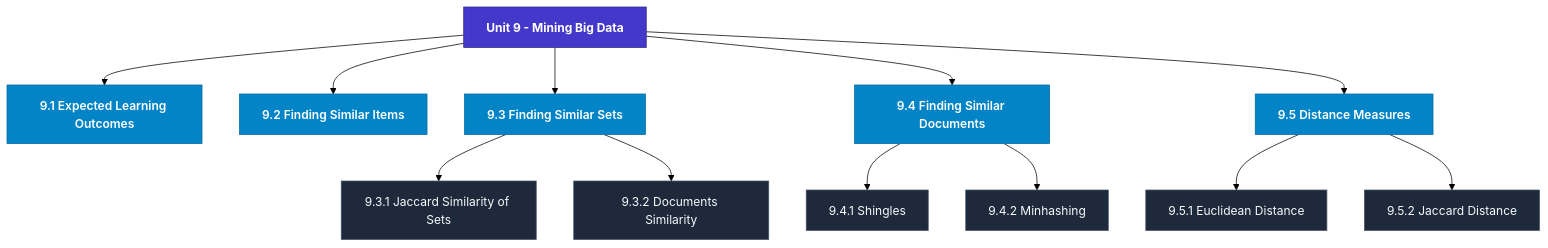
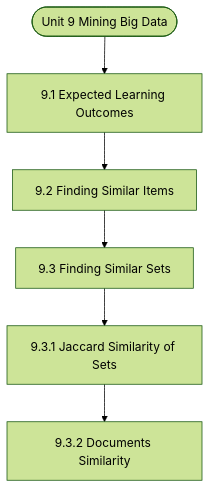
One commit to Asutosh-Coaching/mscdsa changed the diagram in notes/Semester_2/MCS-068_Predictive_Data_Analysis/unit_09_Mining_Big_Data.md. Above: the diagram before and after it, drawn with Mermaid (forest theme). The commit also changed other lines of this file and 115 other files, not shown here.

Commit message:
Fix Mermaid layout for mobile, isolate LaTeX delimiters, and add GitHub Pages reader

````diff
--- a/notes/Semester_2/MCS-068_Predictive_Data_Analysis/unit_09_Mining_Big_Data.md
+++ b/notes/Semester_2/MCS-068_Predictive_Data_Analysis/unit_09_Mining_Big_Data.md
@@ -19,31 +19,14 @@
 ```mermaid
 flowchart TD
-  %% Styling Definitions
-  classDef head fill:#4338ca,stroke:#312e81,color:#ffffff,font-weight:bold;
-  classDef topic fill:#0284c7,stroke:#0369a1,color:#ffffff,font-weight:600;
-  classDef sub fill:#1e293b,stroke:#475569,color:#f8fafc;
-
-  Root["Unit 9 - Mining Big Data"]:::head
-  M1["9.1 Expected Learning Outcomes"]:::topic
-  Root --> M1
-  M2["9.2 Finding Similar Items"]:::topic
-  Root --> M2
-  M3["9.3 Finding Similar Sets"]:::topic
-  Root --> M3
-  M3_1["9.3.1 Jaccard Similarity of Sets"]:::sub
-  M3 --> M3_1
-  M3_2["9.3.2 Documents Similarity"]:::sub
-  M3 --> M3_2
-  M4["9.4 Finding Similar Documents"]:::topic
-  Root --> M4
-  M4_1["9.4.1 Shingles"]:::sub
-  M4 --> M4_1
-  M4_2["9.4.2 Minhashing"]:::sub
-  M4 --> M4_2
-  M5["9.5 Distance Measures"]:::topic
-  Root --> M5
-  M5_1["9.5.1 Euclidean Distance"]:::sub
-  M5 --> M5_1
-  M5_2["9.5.2 Jaccard Distance"]:::sub
-  M5 --> M5_2
+  Start(["Unit 9 Mining Big Data"])
+  N1["9.1 Expected Learning Outcomes"]
+  N2["9.2 Finding Similar Items"]
+  N3["9.3 Finding Similar Sets"]
+  N4["9.3.1 Jaccard Similarity of Sets"]
+  N5["9.3.2 Documents Similarity"]
+  Start --> N1
+  N1 --> N2
+  N2 --> N3
+  N3 --> N4
+  N4 --> N5
 ```
````
